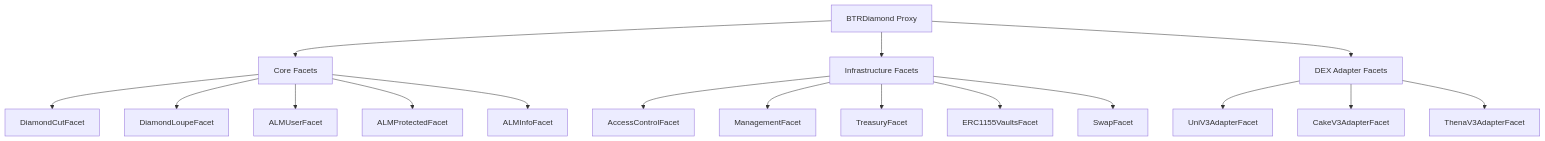
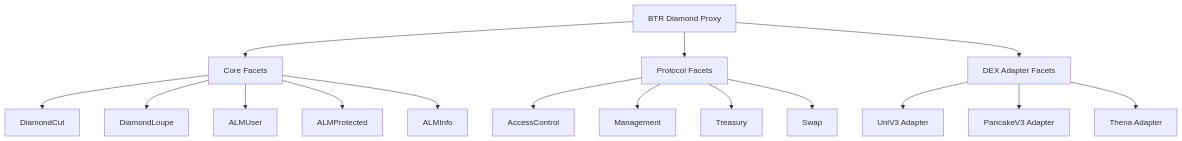
The diagram in docs/deployment.md (btr-supply/contracts), drawn with Mermaid before and after one commit. The commit also changed other lines of this file, not shown here.

Commit message:
[docs] Clarify function selector management in deployment documentation

````diff
--- a/docs/deployment.md
+++ b/docs/deployment.md
@@ -68,22 +41,21 @@
 ```mermaid
 graph TD
-    BTRDiamond[BTRDiamond Proxy] --> CoreFacets[Core Facets]
-    BTRDiamond --> InfraFacets[Infrastructure Facets]
-    BTRDiamond --> DEXFacets[DEX Adapter Facets]
+    Diamond[BTR Diamond Proxy] --> Core[Core Facets]
+    Diamond --> Protocol[Protocol Facets]
+    Diamond --> DEX[DEX Adapter Facets]
     
-    CoreFacets --> DiamondCutFacet[DiamondCutFacet]
-    CoreFacets --> DiamondLoupeFacet[DiamondLoupeFacet]
-    CoreFacets --> ALMUserFacet[ALMUserFacet]
-    CoreFacets --> ALMProtectedFacet[ALMProtectedFacet]
-    CoreFacets --> ALMInfoFacet[ALMInfoFacet]
+    Core --> DiamondCut[DiamondCut]
+    Core --> DiamondLoupe[DiamondLoupe]
+    Core --> ALMUser[ALMUser]
+    Core --> ALMProtected[ALMProtected]
+    Core --> ALMInfo[ALMInfo]
     
-    InfraFacets --> AccessControlFacet[AccessControlFacet]
-    InfraFacets --> ManagementFacet[ManagementFacet]
-    InfraFacets --> TreasuryFacet[TreasuryFacet]
-    InfraFacets --> ERC1155VaultsFacet[ERC1155VaultsFacet]
-    InfraFacets --> SwapFacet[SwapFacet]
+    Protocol --> AccessControl[AccessControl]
+    Protocol --> Management[Management]
+    Protocol --> Treasury[Treasury]
+    Protocol --> Swap[Swap]
     
-    DEXFacets --> UniV3AdapterFacet[UniV3AdapterFacet]
-    DEXFacets --> CakeV3AdapterFacet[CakeV3AdapterFacet]
-    DEXFacets --> ThenaV3AdapterFacet[ThenaV3AdapterFacet]
+    DEX --> UniV3[UniV3 Adapter]
+    DEX --> PancakeV3[PancakeV3 Adapter]
+    DEX --> Thena[Thena Adapter]
 ```
````
